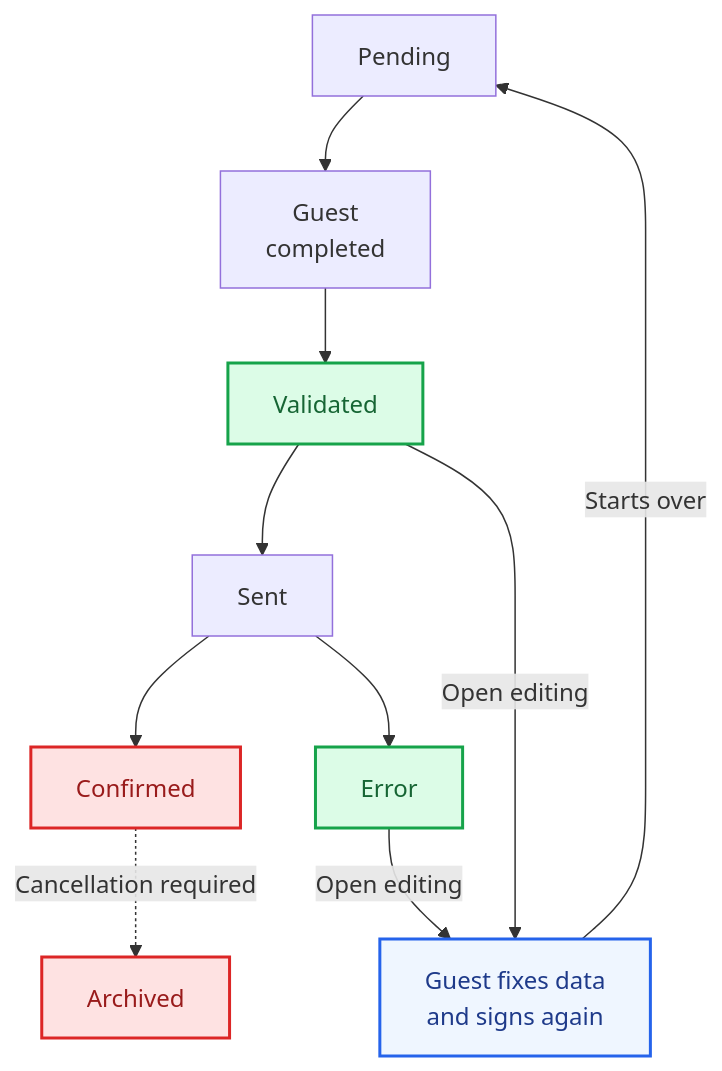
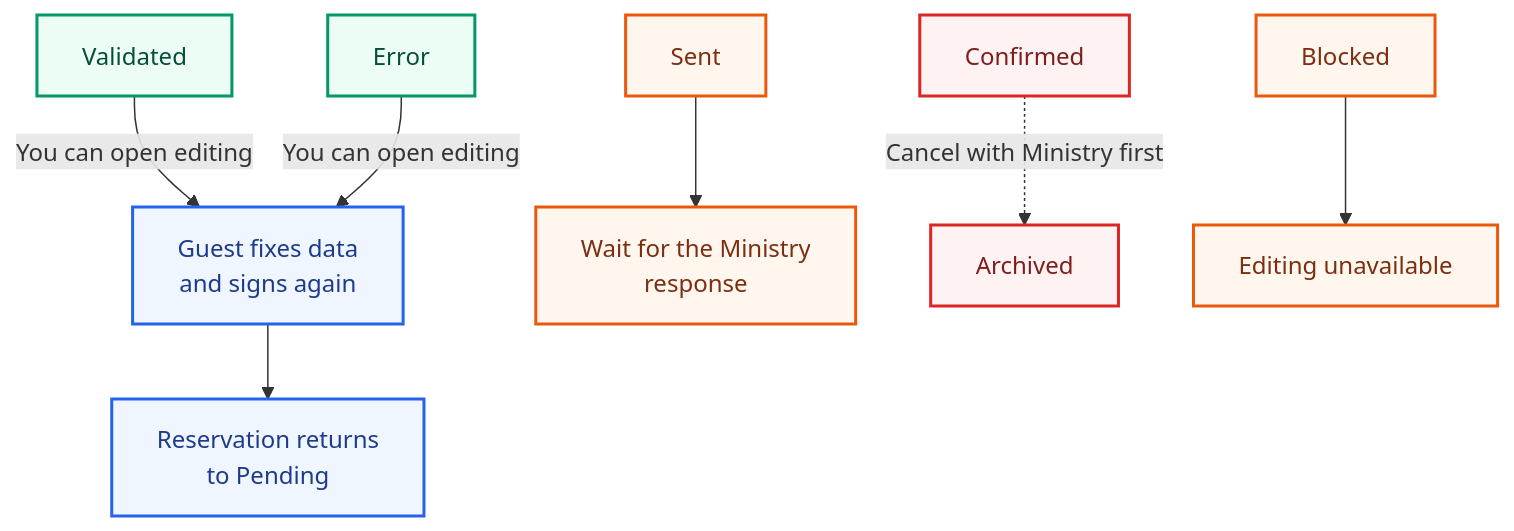
Before and after one commit to registroviajero/help: the diagram in docs/en/guide/admin-edit-lock-override.md, drawn with Mermaid. The commit also changed 4 other files, not shown here.

Commit message:
docs: improve help diagrams

````diff
--- a/docs/en/guide/admin-edit-lock-override.md
+++ b/docs/en/guide/admin-edit-lock-override.md
@@ -18,20 +18,19 @@
 ```mermaid
-flowchart TD
-  P[Pending] --> CP[Guest<br/>completed]
-  CP --> V[Validated]
-  V --> S[Sent]
-  S --> C[Confirmed]
-  S --> ER[Error]
+flowchart TB
+  V[Validated] -->|You can open editing| E[Guest fixes data<br/>and signs again]
+  ER[Error] -->|You can open editing| E
+  E --> P[Reservation returns<br/>to Pending]
 
-  V -->|Open editing| E[Guest fixes data<br/>and signs again]
-  ER -->|Open editing| E
-  E -->|Starts over| P
-  C -. Cancellation required .-> A[Archived]
+  S[Sent] --> W[Wait for the Ministry<br/>response]
+  C[Confirmed] -.->|Cancel with Ministry first| A[Archived]
+  B[Blocked] --> L[Editing unavailable]
 
-  classDef editable fill:#dcfce7,stroke:#16a34a,color:#166534,stroke-width:2px;
-  classDef locked fill:#fee2e2,stroke:#dc2626,color:#991b1b,stroke-width:2px;
+  classDef canEdit fill:#ecfdf5,stroke:#059669,color:#064e3b,stroke-width:2px;
   classDef action fill:#eff6ff,stroke:#2563eb,color:#1e3a8a,stroke-width:2px;
-  class V,ER editable;
-  class C,A locked;
-  class E action;
+  classDef locked fill:#fff7ed,stroke:#ea580c,color:#7c2d12,stroke-width:2px;
+  classDef terminal fill:#fef2f2,stroke:#dc2626,color:#7f1d1d,stroke-width:2px;
+  class V,ER canEdit;
+  class E,P action;
+  class S,W,B,L locked;
+  class C,A terminal;
 ```
````
